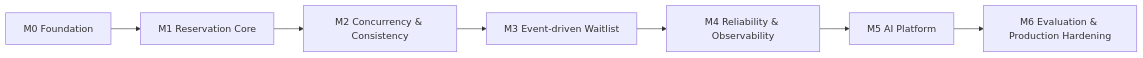
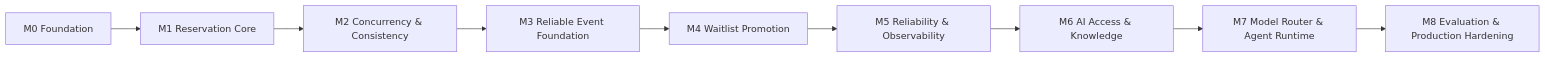
One commit to krestar/slotq changed the fourth of 4 diagrams in README.md. Above: the diagram before and after it, drawn with Mermaid. The commit also changed other lines of this file and 8 other files, not shown here.

````diff
--- a/README.md
+++ b/README.md
@@ -248,9 +253,11 @@
 ```mermaid
 flowchart LR
     M0[M0 Foundation] --> M1[M1 Reservation Core]
     M1 --> M2[M2 Concurrency & Consistency]
-    M2 --> M3[M3 Event-driven Waitlist]
-    M3 --> M4[M4 Reliability & Observability]
-    M4 --> M5[M5 AI Platform]
-    M5 --> M6[M6 Evaluation & Production Hardening]
+    M2 --> M3[M3 Reliable Event Foundation]
+    M3 --> M4[M4 Waitlist Promotion]
+    M4 --> M5[M5 Reliability & Observability]
+    M5 --> M6[M6 AI Access & Knowledge]
+    M6 --> M7[M7 Model Router & Agent Runtime]
+    M7 --> M8[M8 Evaluation & Production Hardening]
 ```
````
